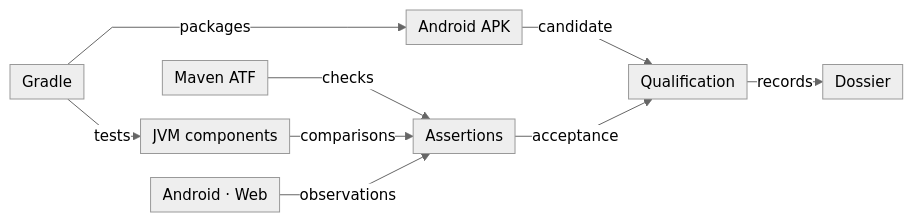
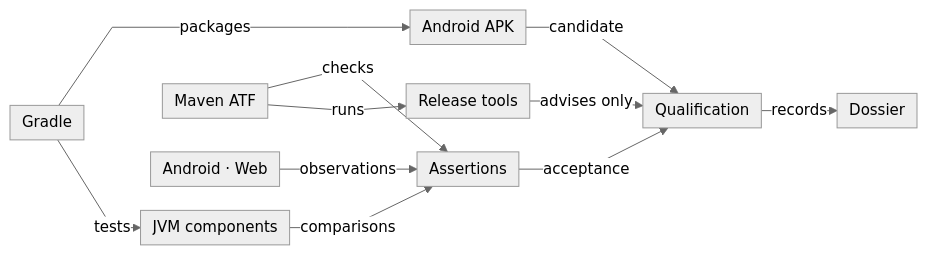
The third of 4 diagrams in README.md (crististefanita/whist), drawn with Mermaid before and after one commit. The commit also changed other lines of this file and 87 other files, not shown here.

Commit message:
Introduce dedicated release tools module

````diff
--- a/README.md
+++ b/README.md
@@ -129,20 +131,23 @@
 ```mermaid
 %%{init: {"theme":"neutral","themeVariables":{"fontSize":"15px"},"themeCSS":".edgeLabel, .edgeLabel p { font-size: 12px !important; } .node rect { rx: 6px; ry: 6px; }","flowchart":{"curve":"linear","nodeSpacing":24,"rankSpacing":20,"padding":6},"sequence":{"mirrorActors":false,"messageMargin":24}}}%%
 flowchart LR
     Gradle["Gradle"]
     APK["Android APK"]
     JVM["JVM components"]
     Maven["Maven ATF"]
+    ReleaseTools["Release tools"]
     Platform["Android · Web"]
     Evidence["Assertions"]
     Gate["Qualification"]
     Dossier["Dossier"]
     Gradle -->|packages| APK
     Gradle -->|tests| JVM
     Maven -->|checks| Evidence
     JVM -->|comparisons| Evidence
+    Maven -->|runs| ReleaseTools
     APK -->|candidate| Gate
     Platform -->|observations| Evidence
     Evidence -->|acceptance| Gate
+    ReleaseTools -->|advises only| Gate
     Gate -->|records| Dossier
 ```
````
